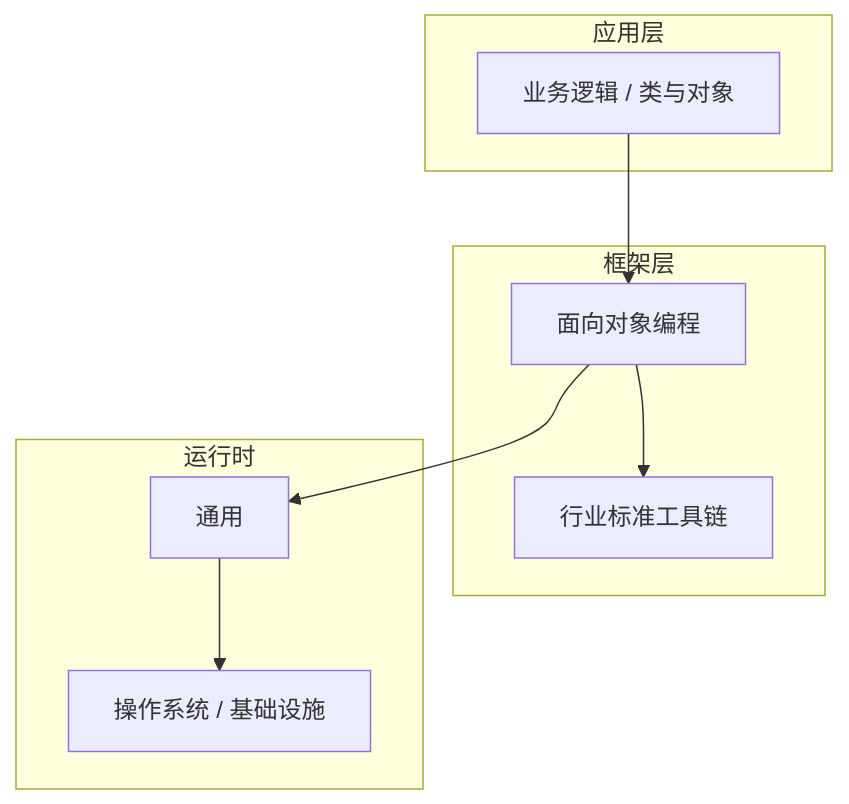
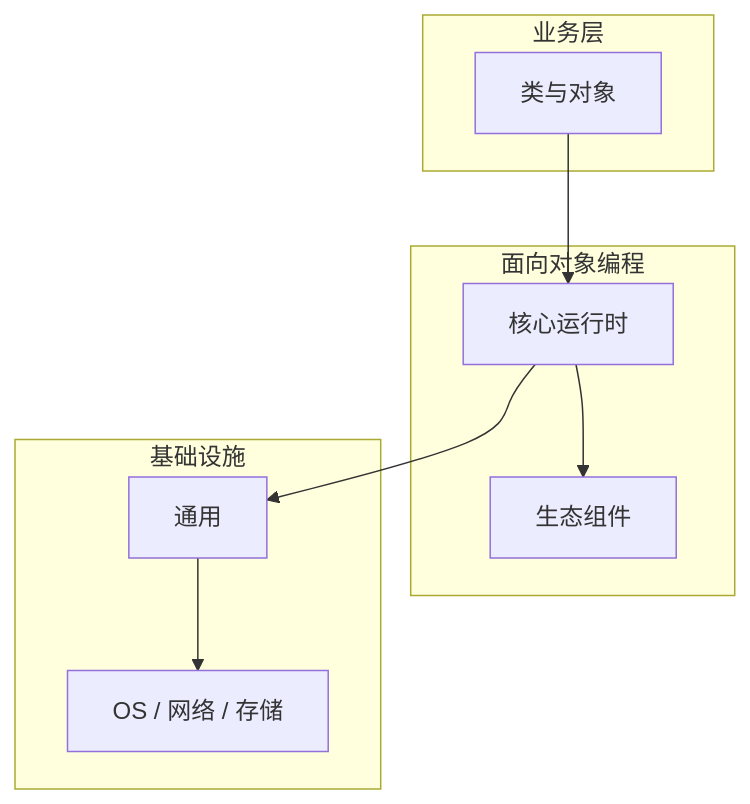
Before and after one commit to yanggan2015/knowledge-json-v2: the diagram in articles/面向对象编程/chapters/007-类与对象核心概念与原理.md, drawn with Mermaid. The commit also changed other lines of this file and 10127 other files, not shown here.

````diff
--- a/articles/面向对象编程/chapters/007-类与对象核心概念与原理.md
+++ b/articles/面向对象编程/chapters/007-类与对象核心概念与原理.md
@@ -45,18 +34,18 @@
 ```mermaid
 graph TB
-    subgraph 应用层
-        A[业务逻辑 / 类与对象]
+    subgraph 业务层
+        A[类与对象]
     end
-    subgraph 框架层
-        B[面向对象编程]
-        C[行业标准工具链]
+    subgraph 面向对象编程
+        B[核心运行时]
+        C[生态组件]
     end
-    subgraph 运行时
+    subgraph 基础设施
         D[通用]
-        E[操作系统 / 基础设施]
+        E[OS / 网络 / 存储]
     end
     A --> B
     B --> C
     B --> D
     D --> E
 ```
````
